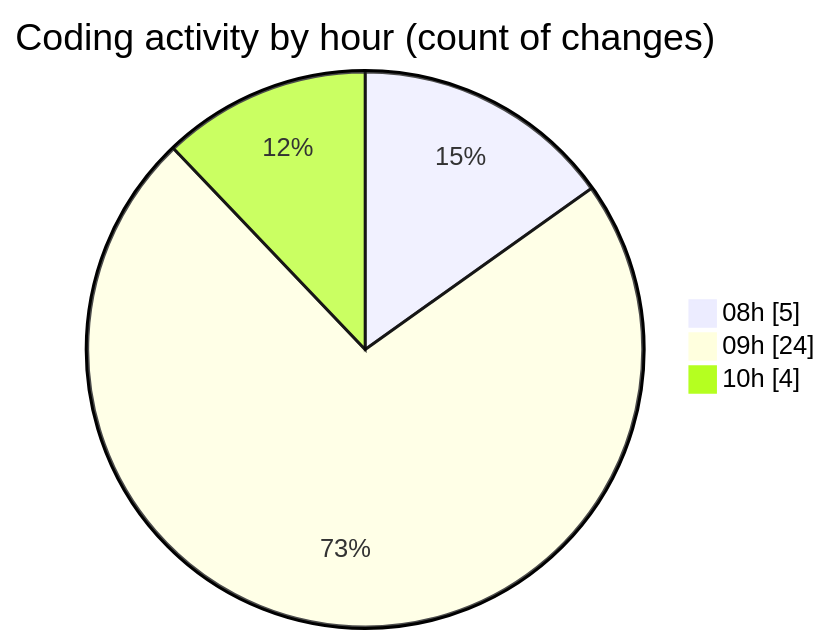
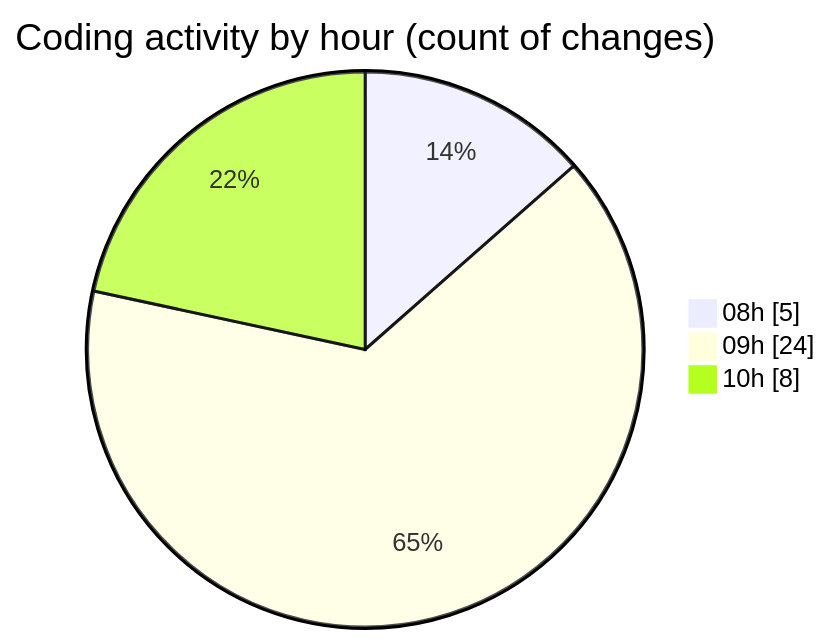
The second of 2 diagrams in 2025-11-24/cda/README.md (momahboobian/code-tracking), drawn with Mermaid before and after one commit. The commit also changed other lines of this file and 1 other file, not shown here.

````diff
--- a/2025-11-24/cda/README.md
+++ b/2025-11-24/cda/README.md
@@ -34,7 +34,7 @@
 ```mermaid
 pie showData
 title Coding activity by hour (count of changes)
 "08h" : 5
 "09h" : 24
-"10h" : 4
+"10h" : 8
 ```
````
